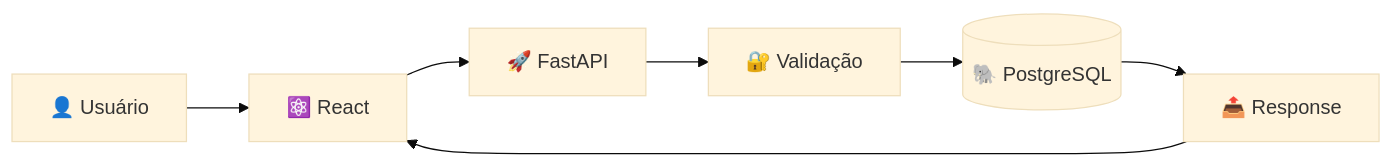
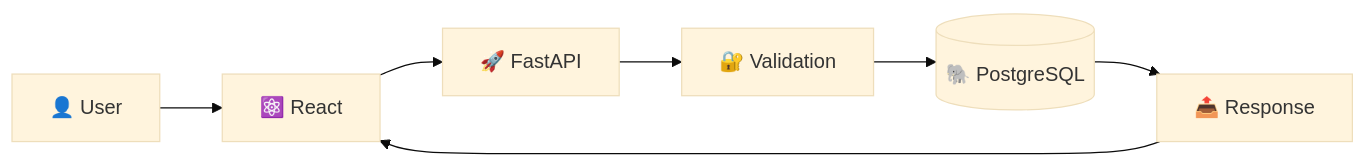
One commit to joaopedro236/Dailyfoods changed the second of 4 diagrams in README.md. Above: the diagram before and after it, drawn with Mermaid (base theme). The commit also changed other lines of this file, not shown here.

````diff
--- a/README.md
+++ b/README.md
@@ -121,9 +121,9 @@
 ```mermaid
 flowchart LR
-    A[👤 Usuário] --> B[⚛️ React]
+    A[👤 User] --> B[⚛️ React]
     B --> C[🚀 FastAPI]
-    C --> D[🔐 Validação]
+    C --> D[🔐 Validation]
     D --> E[(🐘 PostgreSQL)]
     E --> F[📤 Response]
     F --> B
 ```
````
